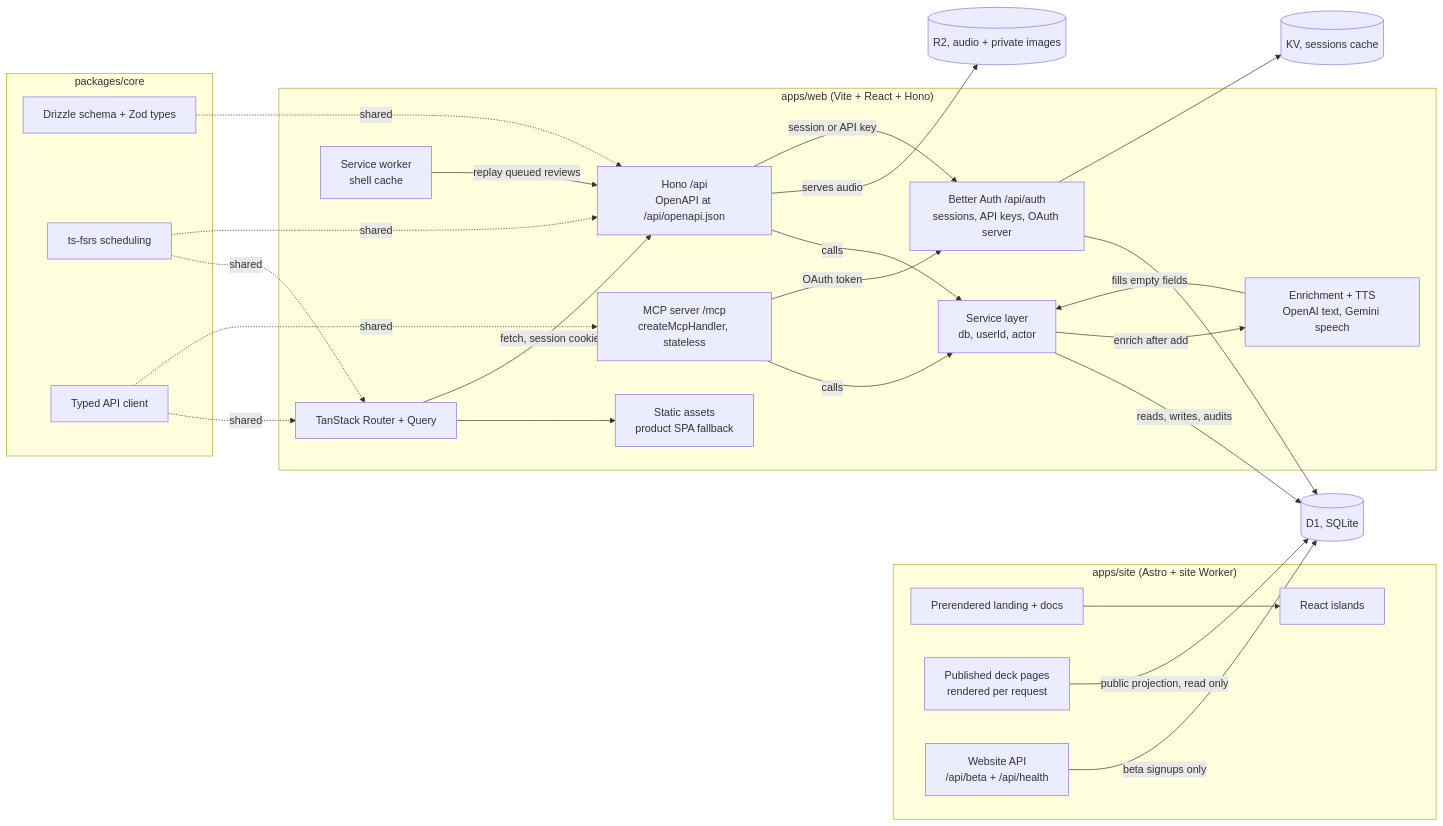
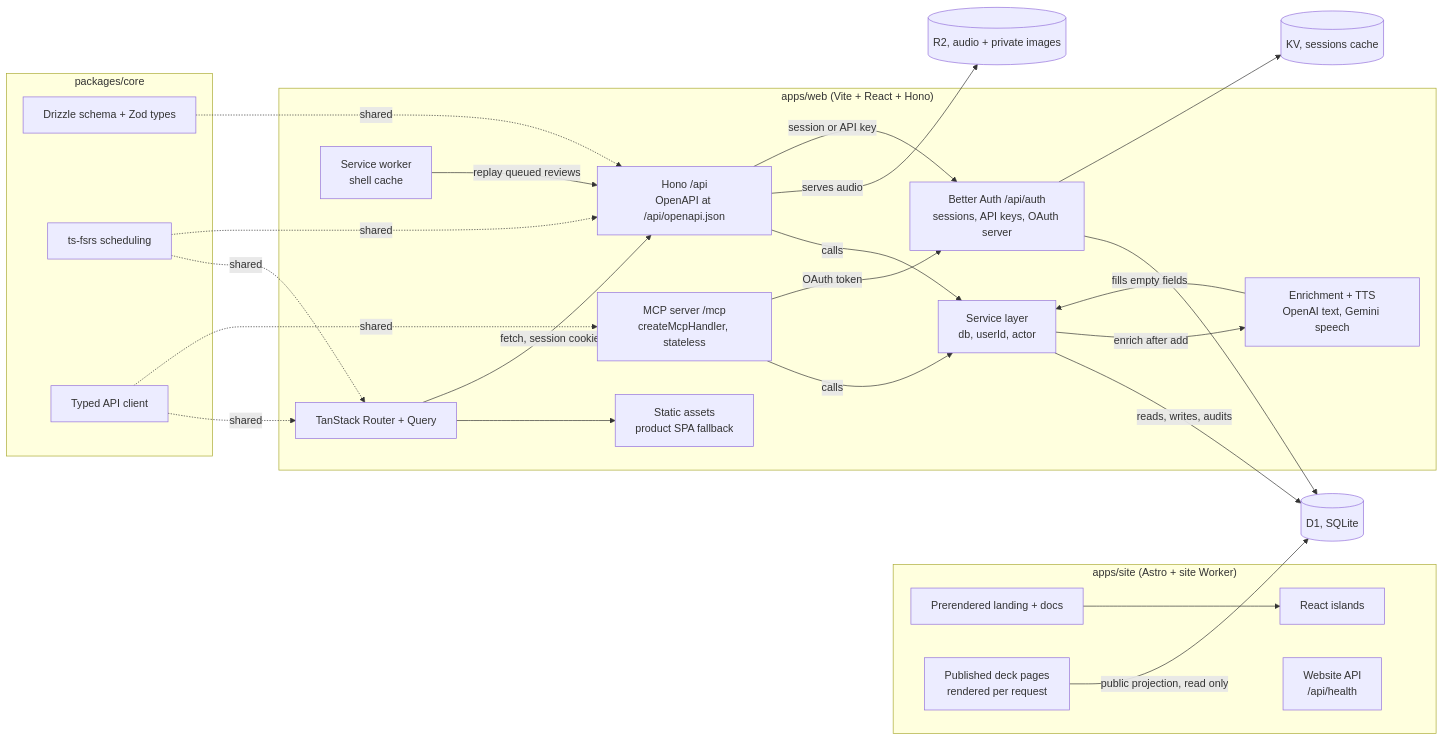
The diagram in docs/stack.md (krambertech/lymi), drawn with Mermaid before and after one commit. The commit also changed other lines of this file and 70 other files, not shown here.

````diff
--- a/docs/stack.md
+++ b/docs/stack.md
@@ -9,49 +9,48 @@
 ```mermaid
 flowchart LR
   subgraph Site["apps/site (Astro + site Worker)"]
     Public[Prerendered landing + docs]
     Islands[React islands]
     Catalog[Published deck pages\nrendered per request]
-    Beta[Website API\n/api/beta + /api/health]
+    Health[Website API\n/api/health]
   end
   subgraph Product["apps/web (Vite + React + Hono)"]
     UI[TanStack Router + Query]
     SW[Service worker\nshell cache]
     Assets[Static assets\nproduct SPA fallback]
     API[Hono /api\nOpenAPI at /api/openapi.json]
     Services[Service layer\ndb, userId, actor]
     Auth[Better Auth /api/auth\nsessions, API keys, OAuth server]
     MCP[MCP server /mcp\ncreateMcpHandler, stateless]
     AI[Enrichment + TTS\nOpenAI text, Gemini speech]
   end
   subgraph Core["packages/core"]
     Schema[Drizzle schema + Zod types]
     FSRS[ts-fsrs scheduling]
     Client[Typed API client]
   end
   D1[(D1, SQLite)]
   R2[(R2, audio + private images)]
   KV[(KV, sessions cache)]
 
   Public --> Islands
-  Beta -->|beta signups only| D1
   Catalog -->|public projection, read only| D1
   UI --> Assets
   UI -->|fetch, session cookie| API
   SW -->|replay queued reviews| API
   API -->|calls| Services
   MCP -->|calls| Services
   Services -->|reads, writes, audits| D1
   Services -->|enrich after add| AI
   AI -->|fills empty fields| Services
   API -->|serves audio| R2
   API -->|session or API key| Auth
   MCP -->|OAuth token| Auth
   Auth --> D1
   Auth --> KV
   Client -.shared.-> UI
   Client -.shared.-> MCP
   Schema -.shared.-> API
   FSRS -.shared.-> UI
   FSRS -.shared.-> API
 ```
````
